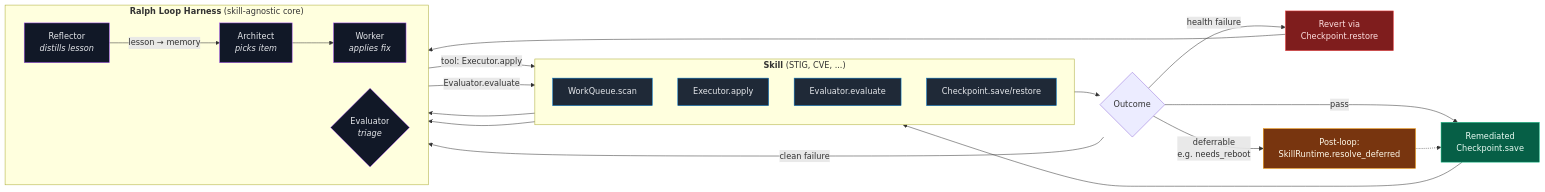
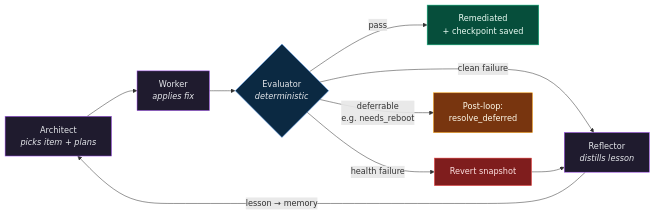
One commit to kenrollins/gemma-forge changed the first of 2 diagrams in docs/journal/architecture/00-system-architecture.md. Above: the diagram before and after it, drawn with Mermaid. The commit also changed other lines of this file, not shown here.

````diff
--- a/docs/journal/architecture/00-system-architecture.md
+++ b/docs/journal/architecture/00-system-architecture.md
@@ -45,44 +46,23 @@
 ```mermaid
 flowchart LR
-    subgraph Skill["<b>Skill</b> (STIG, CVE, ...)"]
-        direction TB
-        WQ[WorkQueue.scan]
-        EX[Executor.apply]
-        EV[Evaluator.evaluate]
-        CP[Checkpoint.save/restore]
-    end
-
-    subgraph Harness["<b>Ralph Loop Harness</b> (skill-agnostic core)"]
-        direction LR
-        Arch[Architect<br/><i>picks item</i>]
-        Work[Worker<br/><i>applies fix</i>]
-        Eval{Evaluator<br/><i>triage</i>}
-        Refl[Reflector<br/><i>distills lesson</i>]
-    end
-
-    WQ --> Arch
-    Arch --> Work
-    Work -->|tool: Executor.apply| EX
-    EX --> Eval
-    Eval -->|Evaluator.evaluate| EV
-    EV --> Verdict{Outcome}
-    Verdict -->|pass| Done[Remediated<br/>Checkpoint.save]
-    Verdict -->|health failure| Revert[Revert via<br/>Checkpoint.restore]
-    Verdict -->|clean failure| Refl
-    Verdict -->|deferrable<br/>e.g. needs_reboot| Defer[Post-loop:<br/>SkillRuntime.resolve_deferred]
+    Arch[Architect<br/><i>picks item + plans</i>] --> Work[Worker<br/><i>applies fix</i>]
+    Work --> Eval{Evaluator<br/><i>deterministic</i>}
+    Eval -->|pass| Done[Remediated<br/>+ checkpoint saved]
+    Eval -->|clean failure| Refl[Reflector<br/><i>distills lesson</i>]
+    Eval -->|health failure| Revert[Revert snapshot]
+    Eval -->|deferrable<br/>e.g. needs_reboot| Defer[Post-loop:<br/>resolve_deferred]
     Revert --> Refl
     Refl -->|lesson → memory| Arch
-    Defer -.-> Done
-    Done --> CP
 
-    classDef skill fill:#1f2937,stroke:#0076CE,color:#E5E7EB
-    classDef harness fill:#111827,stroke:#A855F7,color:#E5E7EB
-    classDef done fill:#065f46,stroke:#10B981,color:#ECFDF5
+    classDef agent fill:#1f1b2e,stroke:#A855F7,color:#E5E7EB
+    classDef deterministic fill:#0b2942,stroke:#60A5FA,color:#E5E7EB
+    classDef done fill:#064e3b,stroke:#10B981,color:#ECFDF5
     classDef fail fill:#7f1d1d,stroke:#EF4444,color:#FEE2E2
     classDef defer fill:#78350f,stroke:#F59E0B,color:#FFFBEB
-    class WQ,EX,EV,CP skill
-    class Arch,Work,Refl,Eval harness
+
+    class Arch,Work,Refl agent
+    class Eval deterministic
     class Done done
     class Revert fail
     class Defer defer
 ```
````
